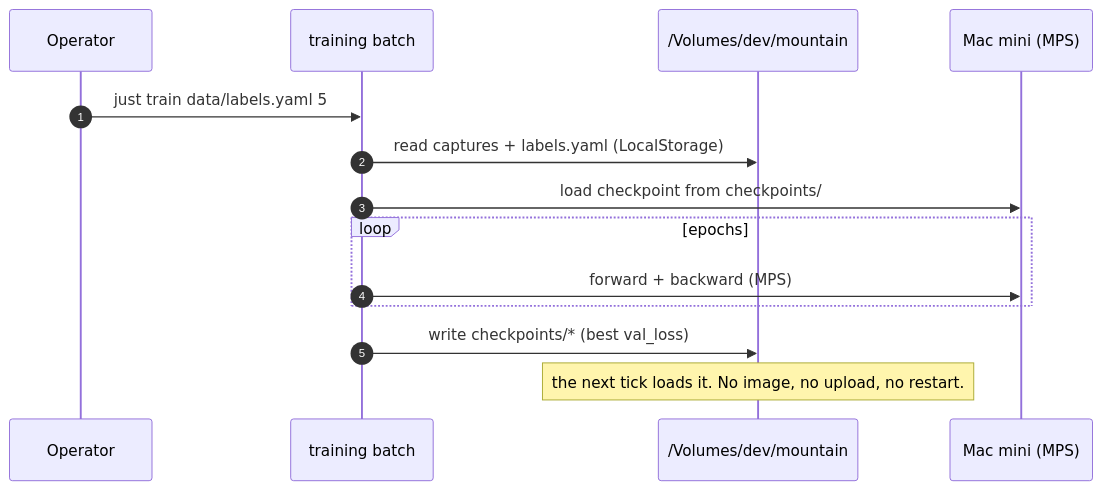
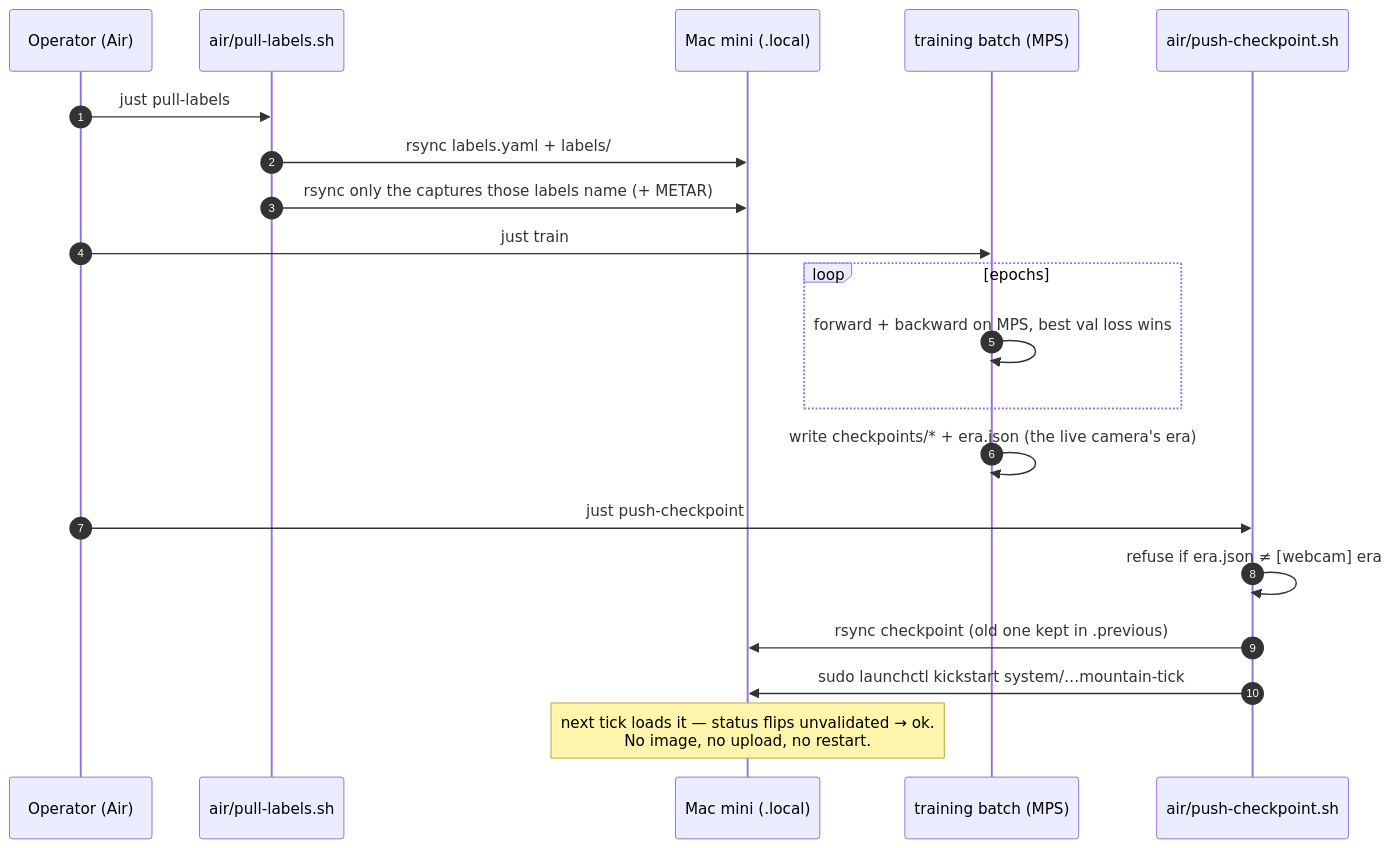
The third of 3 diagrams in README.md (robogeosociety/is-the-mountain-out), drawn with Mermaid before and after one commit. The commit also changed other lines of this file and 18 other files, not shown here.

First line of the commit message:
The tick becomes a daemon, and training moves to the Air

````diff
--- a/README.md
+++ b/README.md
@@ -170,17 +193,23 @@
 ```mermaid
 sequenceDiagram
   autonumber
-  participant Op as Operator
-  participant T as training batch
-  participant D as /Volumes/dev/mountain
-  participant Mac as Mac mini (MPS)
+  participant Op as Operator (Air)
+  participant P as air/pull-labels.sh
+  participant M as Mac mini (.local)
+  participant T as training batch (MPS)
+  participant S as air/push-checkpoint.sh
 
-  Op->>T: just train data/labels.yaml 5
-  T->>D: read captures + labels.yaml (LocalStorage)
-  T->>Mac: load checkpoint from checkpoints/
+  Op->>P: just pull-labels
+  P->>M: rsync labels.yaml + labels/
+  P->>M: rsync only the captures those labels name (+ METAR)
+  Op->>T: just train
   loop epochs
-    T->>Mac: forward + backward (MPS)
+    T->>T: forward + backward on MPS, best val loss wins
   end
-  T->>D: write checkpoints/* (best val_loss)
-  Note over D: the next tick loads it. No image, no upload, no restart.
+  T->>T: write checkpoints/* + era.json (the live camera's era)
+  Op->>S: just push-checkpoint
+  S->>S: refuse if era.json ≠ [webcam] era
+  S->>M: rsync checkpoint (old one kept in .previous)
+  S->>M: sudo launchctl kickstart system/…mountain-tick
+  Note over M: next tick loads it — status flips unvalidated → ok.<br/>No image, no upload, no restart.
 ```
````
